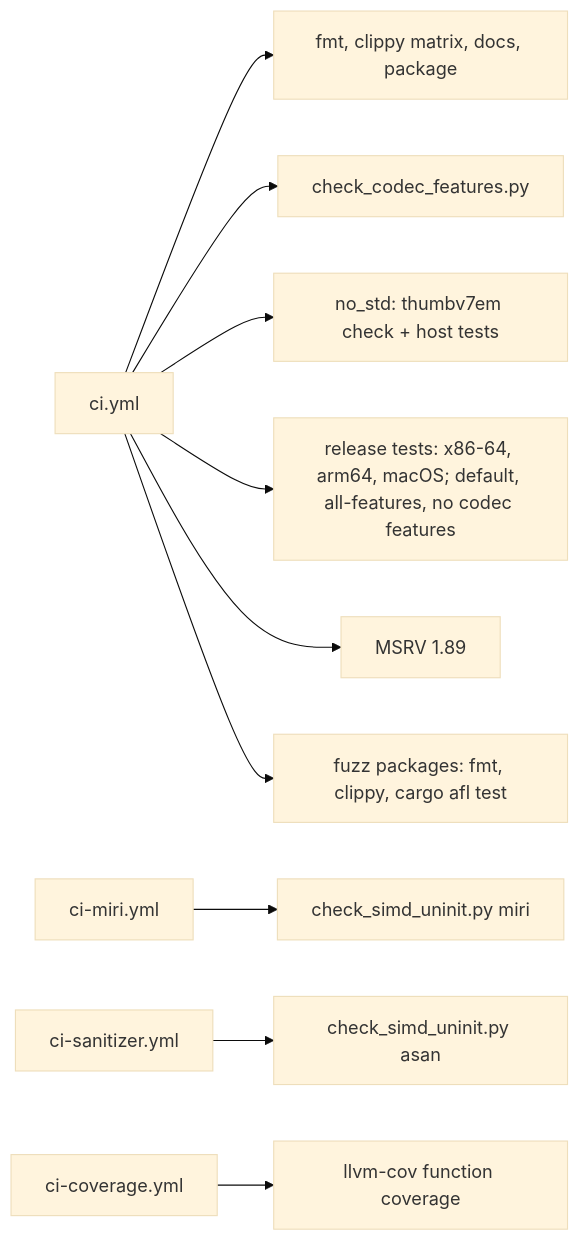
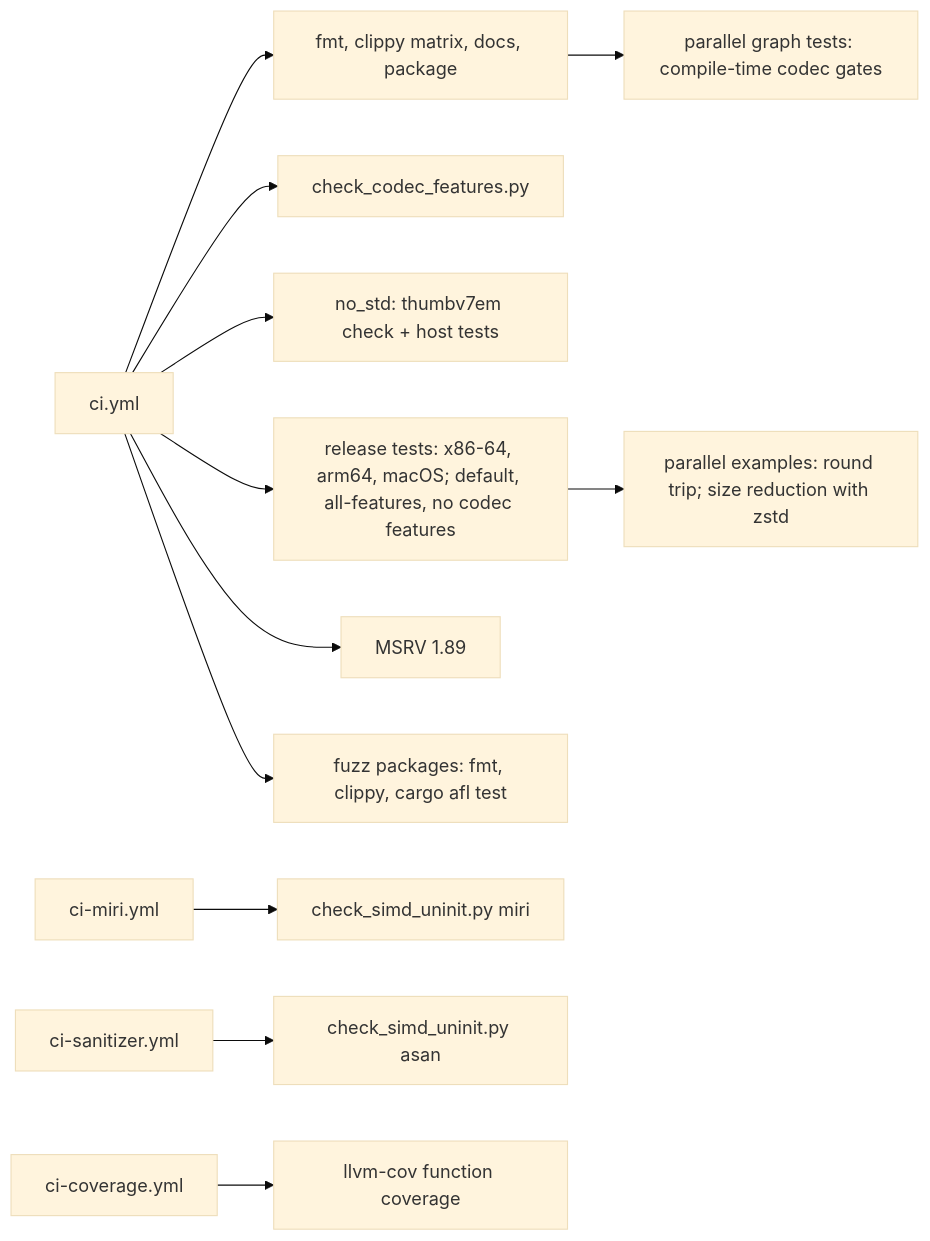
Before and after one commit to M-Compressors/mopenzl: the third of 4 diagrams in architecture/ci.md, drawn with Mermaid (base theme). The commit also changed other lines of this file and 5 other files, not shown here.

````diff
--- a/architecture/ci.md
+++ b/architecture/ci.md
@@ -89,12 +93,14 @@
 ```mermaid
 flowchart LR
     CI[ci.yml] --> L[fmt, clippy matrix, docs, package]
     CI --> F[check_codec_features.py]
     CI --> NS[no_std: thumbv7em check + host tests]
     CI --> T["release tests: x86-64, arm64, macOS; default, all-features, no codec features"]
+    T --> P["parallel examples: round trip; size reduction with zstd"]
+    L --> G["parallel graph tests: compile-time codec gates"]
     CI --> MSRV[MSRV 1.89]
     CI --> FZ[fuzz packages: fmt, clippy, cargo afl test]
     MI[ci-miri.yml] --> SU[check_simd_uninit.py miri]
     SA[ci-sanitizer.yml] --> SU2[check_simd_uninit.py asan]
     COV[ci-coverage.yml] --> LC[llvm-cov function coverage]
 ```
````
